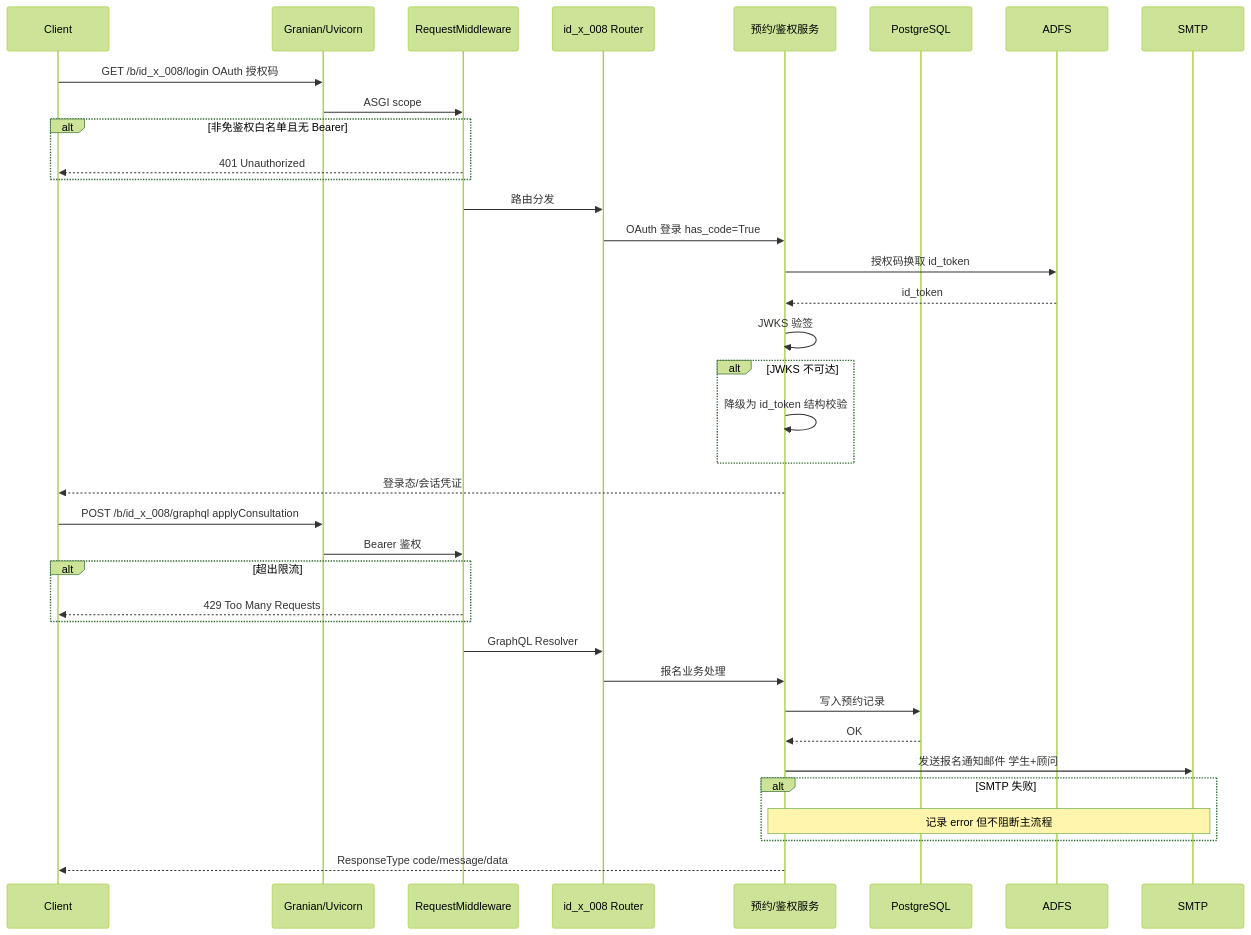
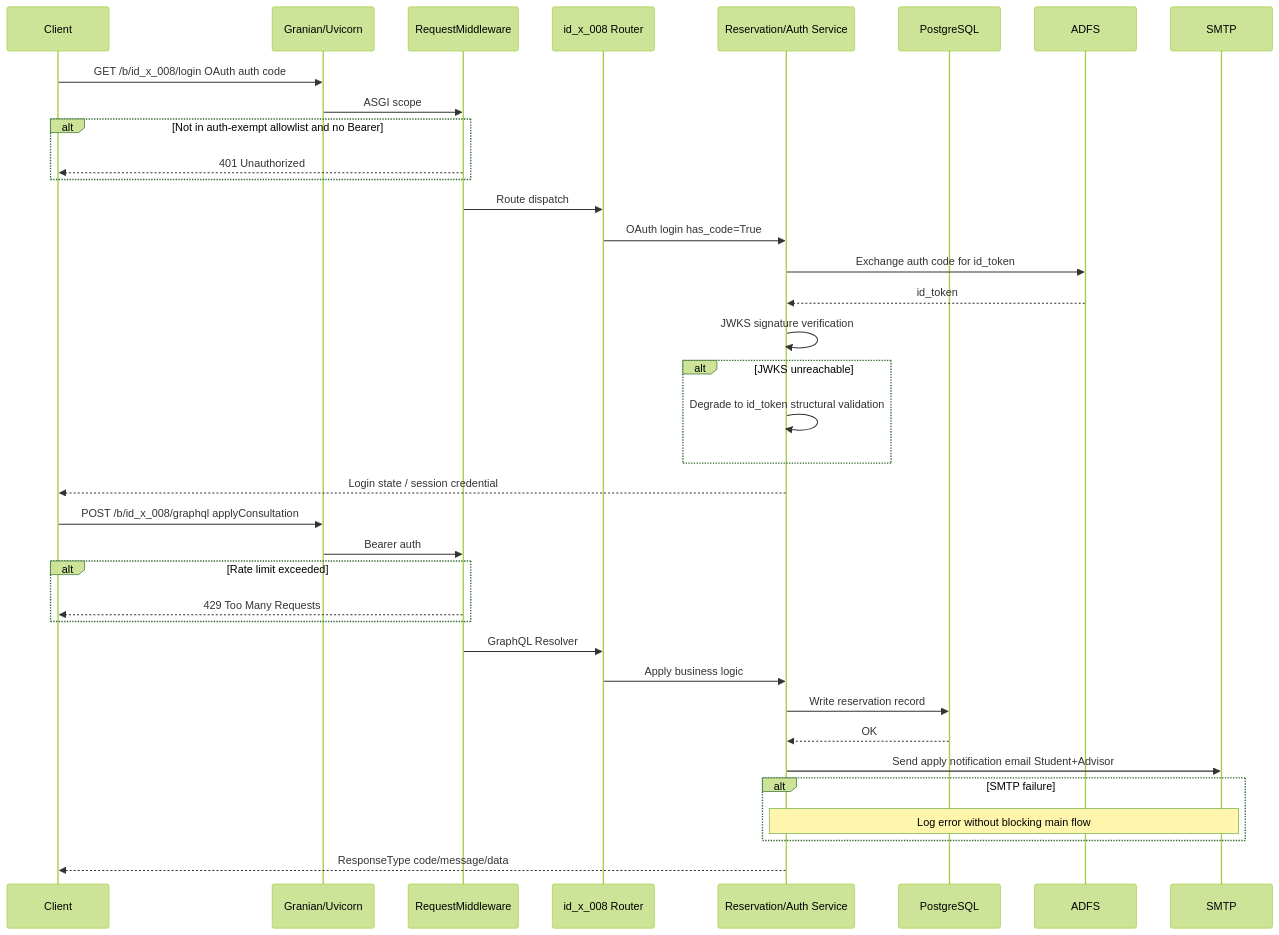
Before and after one commit to i-TorchLabs/id_x_008: the second of 2 diagrams in README.md, drawn with Mermaid (forest theme). The commit also changed other lines of this file and 1 other file, not shown here.

````diff
--- a/README.md
+++ b/README.md
@@ -115,41 +115,41 @@
 ```mermaid
 sequenceDiagram
     participant CL as Client
     participant GW as Granian/Uvicorn
     participant MW as RequestMiddleware
     participant RT as id_x_008 Router
-    participant SVC as 预约/鉴权服务
+    participant SVC as Reservation/Auth Service
     participant DB as PostgreSQL
     participant ADFS as ADFS
     participant SMTP as SMTP
 
-    CL->>GW: GET /b/id_x_008/login OAuth 授权码
+    CL->>GW: GET /b/id_x_008/login OAuth auth code
     GW->>MW: ASGI scope
-    alt 非免鉴权白名单且无 Bearer
+    alt Not in auth-exempt allowlist and no Bearer
         MW-->>CL: 401 Unauthorized
     end
-    MW->>RT: 路由分发
-    RT->>SVC: OAuth 登录 has_code=True
-    SVC->>ADFS: 授权码换取 id_token
+    MW->>RT: Route dispatch
+    RT->>SVC: OAuth login has_code=True
+    SVC->>ADFS: Exchange auth code for id_token
     ADFS-->>SVC: id_token
-    SVC->>SVC: JWKS 验签
-    alt JWKS 不可达
-        SVC->>SVC: 降级为 id_token 结构校验
+    SVC->>SVC: JWKS signature verification
+    alt JWKS unreachable
+        SVC->>SVC: Degrade to id_token structural validation
     end
-    SVC-->>CL: 登录态/会话凭证
+    SVC-->>CL: Login state / session credential
 
     CL->>GW: POST /b/id_x_008/graphql applyConsultation
-    GW->>MW: Bearer 鉴权
-    alt 超出限流
+    GW->>MW: Bearer auth
+    alt Rate limit exceeded
         MW-->>CL: 429 Too Many Requests
     end
     MW->>RT: GraphQL Resolver
-    RT->>SVC: 报名业务处理
-    SVC->>DB: 写入预约记录
+    RT->>SVC: Apply business logic
+    SVC->>DB: Write reservation record
     DB-->>SVC: OK
-    SVC->>SMTP: 发送报名通知邮件 学生+顾问
-    alt SMTP 失败
-        Note over SVC,SMTP: 记录 error 但不阻断主流程
+    SVC->>SMTP: Send apply notification email Student+Advisor
+    alt SMTP failure
+        Note over SVC,SMTP: Log error without blocking main flow
     end
     SVC-->>CL: ResponseType code/message/data
 ```
````
